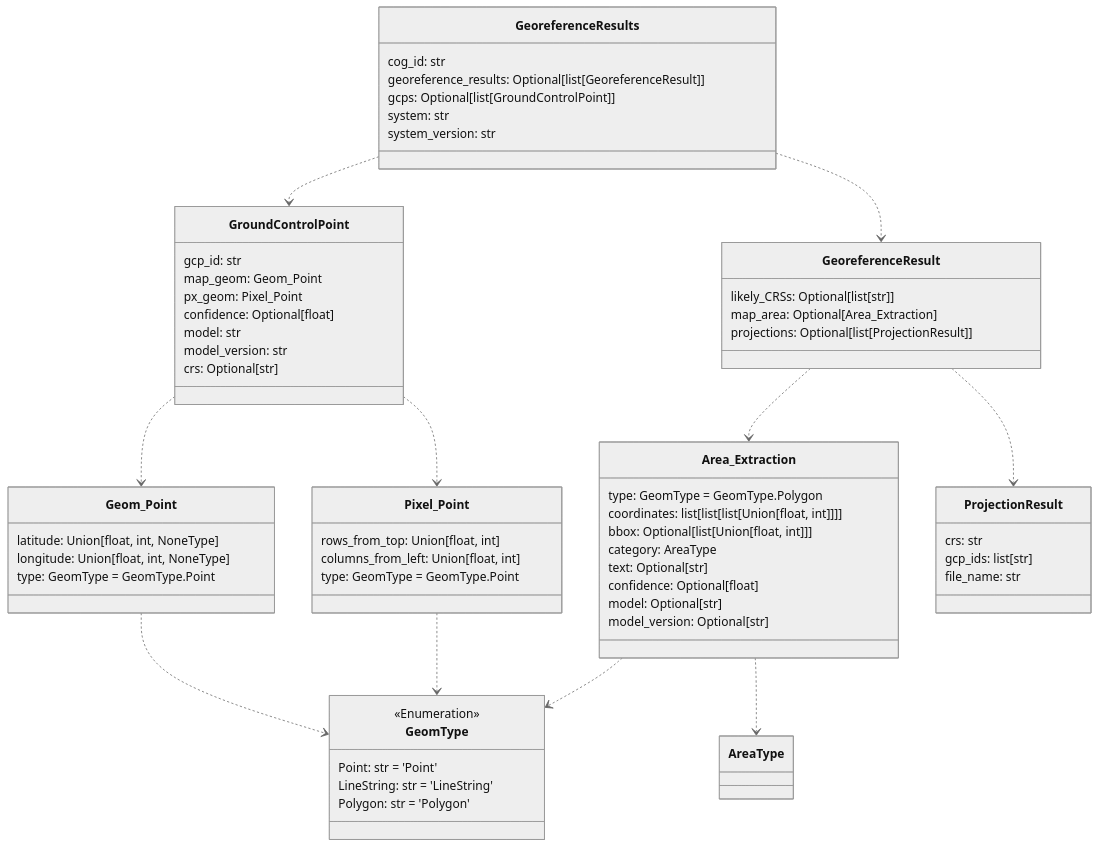
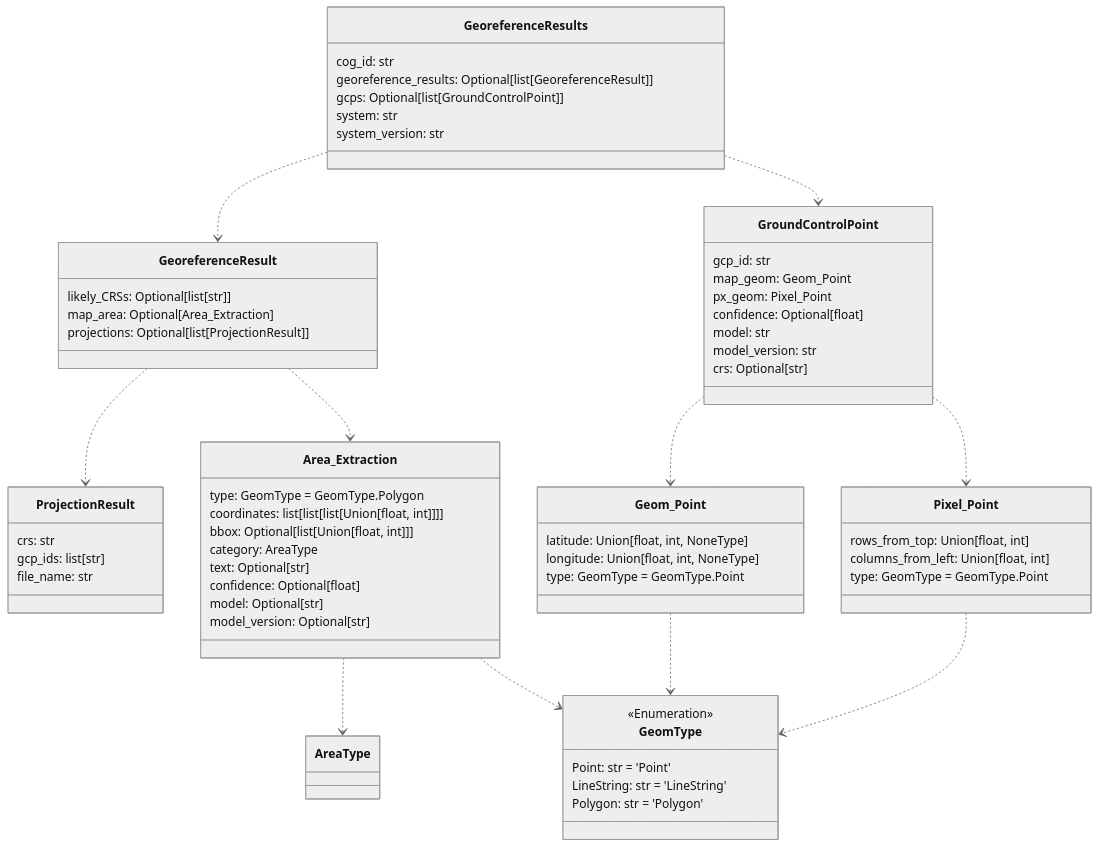
The second of 12 diagrams in README.md (DARPA-CRITICALMAAS/cdr_schemas), drawn with Mermaid (neutral theme) before and after one commit. The commit also changed other lines of this file and 4 other files, not shown here.

````diff
--- a/README.md
+++ b/README.md
@@ -97,76 +97,76 @@
 ```mermaid
 classDiagram
 
     class ProjectionResult {
         crs: str
         gcp_ids: list[str]
         file_name: str
     }
 
+    class GeoreferenceResults {
+        cog_id: str
+        georeference_results: Optional[list[GeoreferenceResult]]
+        gcps: Optional[list[GroundControlPoint]]
+        system: str
+        system_version: str
+    }
+
     class Pixel_Point {
         rows_from_top: Union[float, int]
         columns_from_left: Union[float, int]
         type: GeomType = GeomType.Point
     }
 
-    class GeomType {
-        <<Enumeration>>
-        Point: str = 'Point'
-        LineString: str = 'LineString'
-        Polygon: str = 'Polygon'
-    }
-
-    class Geom_Point {
-        latitude: Union[float, int, NoneType]
-        longitude: Union[float, int, NoneType]
-        type: GeomType = GeomType.Point
+    class GeoreferenceResult {
+        likely_CRSs: Optional[list[str]]
+        map_area: Optional[Area_Extraction]
+        projections: Optional[list[ProjectionResult]]
     }
 
     class GroundControlPoint {
         gcp_id: str
         map_geom: Geom_Point
         px_geom: Pixel_Point
         confidence: Optional[float]
         model: str
         model_version: str
         crs: Optional[str]
     }
 
-    class GeoreferenceResult {
-        likely_CRSs: Optional[list[str]]
-        map_area: Optional[Area_Extraction]
-        projections: Optional[list[ProjectionResult]]
-    }
-
-    class GeoreferenceResults {
-        cog_id: str
-        georeference_results: Optional[list[GeoreferenceResult]]
-        gcps: Optional[list[GroundControlPoint]]
-        system: str
-        system_version: str
+    class GeomType {
+        <<Enumeration>>
+        Point: str = 'Point'
+        LineString: str = 'LineString'
+        Polygon: str = 'Polygon'
     }
 
     class Area_Extraction {
         type: GeomType = GeomType.Polygon
         coordinates: list[list[list[Union[float, int]]]]
         bbox: Optional[list[Union[float, int]]]
         category: AreaType
         text: Optional[str]
         confidence: Optional[float]
         model: Optional[str]
         model_version: Optional[str]
     }
 
+    class Geom_Point {
+        latitude: Union[float, int, NoneType]
+        longitude: Union[float, int, NoneType]
+        type: GeomType = GeomType.Point
+    }
+
+    Area_Extraction ..> AreaType
     Area_Extraction ..> GeomType
-    Area_Extraction ..> AreaType
     Geom_Point ..> GeomType
     Pixel_Point ..> GeomType
+    GroundControlPoint ..> Pixel_Point
     GroundControlPoint ..> Geom_Point
-    GroundControlPoint ..> Pixel_Point
+    GeoreferenceResult ..> ProjectionResult
     GeoreferenceResult ..> Area_Extraction
-    GeoreferenceResult ..> ProjectionResult
+    GeoreferenceResults ..> GeoreferenceResult
     GeoreferenceResults ..> GroundControlPoint
-    GeoreferenceResults ..> GeoreferenceResult
 
 
 ```
````
